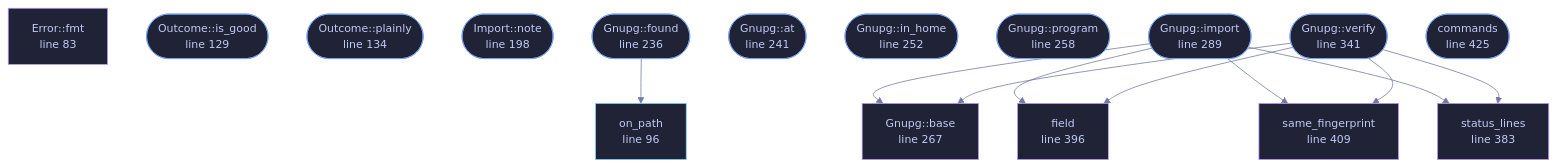
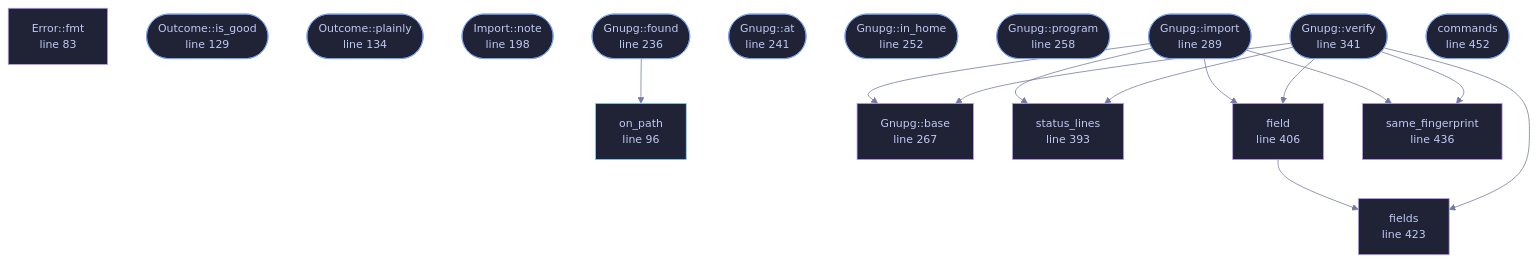
One commit to tilas01/veilvoice changed the diagram in wiki/File-veilvoice-gnupg-lib.md. Above: the diagram before and after it, drawn with Mermaid. The commit also changed other lines of this file and 46 other files, not shown here.

````diff
--- a/wiki/File-veilvoice-gnupg-lib.md
+++ b/wiki/File-veilvoice-gnupg-lib.md
@@ -123,51 +123,55 @@
 ```mermaid
 %%{init: {"theme":"base","themeVariables":{"background":"#1a1b26","primaryColor":"#1f2335","primaryTextColor":"#c0caf5","primaryBorderColor":"#7aa2f7","secondaryColor":"#16161e","tertiaryColor":"#16161e","lineColor":"#737aa2","textColor":"#c0caf5","mainBkg":"#1f2335","nodeBorder":"#7aa2f7","clusterBkg":"#16161e","clusterBorder":"#2f3549","fontFamily":"ui-monospace, SFMono-Regular, Consolas, monospace","fontSize":"14px"}}}%%
 flowchart TD
     n_fmt["Error::fmt<br/>line 83"]
     n_on_path["on_path<br/>line 96"]
     n_is_good(["Outcome::is_good<br/>line 129"])
     n_plainly(["Outcome::plainly<br/>line 134"])
     n_note(["Import::note<br/>line 198"])
     n_found(["Gnupg::found<br/>line 236"])
     n_at(["Gnupg::at<br/>line 241"])
     n_in_home(["Gnupg::in_home<br/>line 252"])
     n_program(["Gnupg::program<br/>line 258"])
     n_base["Gnupg::base<br/>line 267"]
     n_import(["Gnupg::import<br/>line 289"])
     n_verify(["Gnupg::verify<br/>line 341"])
-    n_status_lines["status_lines<br/>line 383"]
-    n_field["field<br/>line 396"]
-    n_same_fingerprint["same_fingerprint<br/>line 409"]
-    n_commands(["commands<br/>line 425"])
+    n_status_lines["status_lines<br/>line 393"]
+    n_field["field<br/>line 406"]
+    n_fields["fields<br/>line 423"]
+    n_same_fingerprint["same_fingerprint<br/>line 436"]
+    n_commands(["commands<br/>line 452"])
+    n_field --> n_fields
     n_found --> n_on_path
     n_import --> n_base
     n_import --> n_field
     n_import --> n_same_fingerprint
     n_import --> n_status_lines
     n_verify --> n_base
     n_verify --> n_field
+    n_verify --> n_fields
     n_verify --> n_same_fingerprint
     n_verify --> n_status_lines
     click n_fmt href "https://github.com/tilas01/veilvoice/blob/main/crates/veilvoice-gnupg/src/lib.rs#L83" "open the source"
     click n_on_path href "https://github.com/tilas01/veilvoice/blob/main/crates/veilvoice-gnupg/src/lib.rs#L96" "open the source"
     click n_is_good href "https://github.com/tilas01/veilvoice/blob/main/crates/veilvoice-gnupg/src/lib.rs#L129" "open the source"
     click n_plainly href "https://github.com/tilas01/veilvoice/blob/main/crates/veilvoice-gnupg/src/lib.rs#L134" "open the source"
     click n_note href "https://github.com/tilas01/veilvoice/blob/main/crates/veilvoice-gnupg/src/lib.rs#L198" "open the source"
     click n_found href "https://github.com/tilas01/veilvoice/blob/main/crates/veilvoice-gnupg/src/lib.rs#L236" "open the source"
     click n_at href "https://github.com/tilas01/veilvoice/blob/main/crates/veilvoice-gnupg/src/lib.rs#L241" "open the source"
     click n_in_home href "https://github.com/tilas01/veilvoice/blob/main/crates/veilvoice-gnupg/src/lib.rs#L252" "open the source"
     click n_program href "https://github.com/tilas01/veilvoice/blob/main/crates/veilvoice-gnupg/src/lib.rs#L258" "open the source"
     click n_base href "https://github.com/tilas01/veilvoice/blob/main/crates/veilvoice-gnupg/src/lib.rs#L267" "open the source"
     click n_import href "https://github.com/tilas01/veilvoice/blob/main/crates/veilvoice-gnupg/src/lib.rs#L289" "open the source"
     click n_verify href "https://github.com/tilas01/veilvoice/blob/main/crates/veilvoice-gnupg/src/lib.rs#L341" "open the source"
-    click n_status_lines href "https://github.com/tilas01/veilvoice/blob/main/crates/veilvoice-gnupg/src/lib.rs#L383" "open the source"
-    click n_field href "https://github.com/tilas01/veilvoice/blob/main/crates/veilvoice-gnupg/src/lib.rs#L396" "open the source"
-    click n_same_fingerprint href "https://github.com/tilas01/veilvoice/blob/main/crates/veilvoice-gnupg/src/lib.rs#L409" "open the source"
-    click n_commands href "https://github.com/tilas01/veilvoice/blob/main/crates/veilvoice-gnupg/src/lib.rs#L425" "open the source"
+    click n_status_lines href "https://github.com/tilas01/veilvoice/blob/main/crates/veilvoice-gnupg/src/lib.rs#L393" "open the source"
+    click n_field href "https://github.com/tilas01/veilvoice/blob/main/crates/veilvoice-gnupg/src/lib.rs#L406" "open the source"
+    click n_fields href "https://github.com/tilas01/veilvoice/blob/main/crates/veilvoice-gnupg/src/lib.rs#L423" "open the source"
+    click n_same_fingerprint href "https://github.com/tilas01/veilvoice/blob/main/crates/veilvoice-gnupg/src/lib.rs#L436" "open the source"
+    click n_commands href "https://github.com/tilas01/veilvoice/blob/main/crates/veilvoice-gnupg/src/lib.rs#L452" "open the source"
     classDef entry fill:#1f2335,stroke:#7aa2f7,color:#c0caf5
     class n_is_good,n_plainly,n_note,n_found,n_at,n_in_home,n_program,n_import,n_verify,n_commands entry
     classDef api fill:#1f2335,stroke:#7dcfff,color:#c0caf5
     class n_on_path api
     classDef helper fill:#1f2335,stroke:#bb9af7,color:#c0caf5
-    class n_fmt,n_base,n_status_lines,n_field,n_same_fingerprint helper
+    class n_fmt,n_base,n_status_lines,n_field,n_fields,n_same_fingerprint helper
 ```
````
